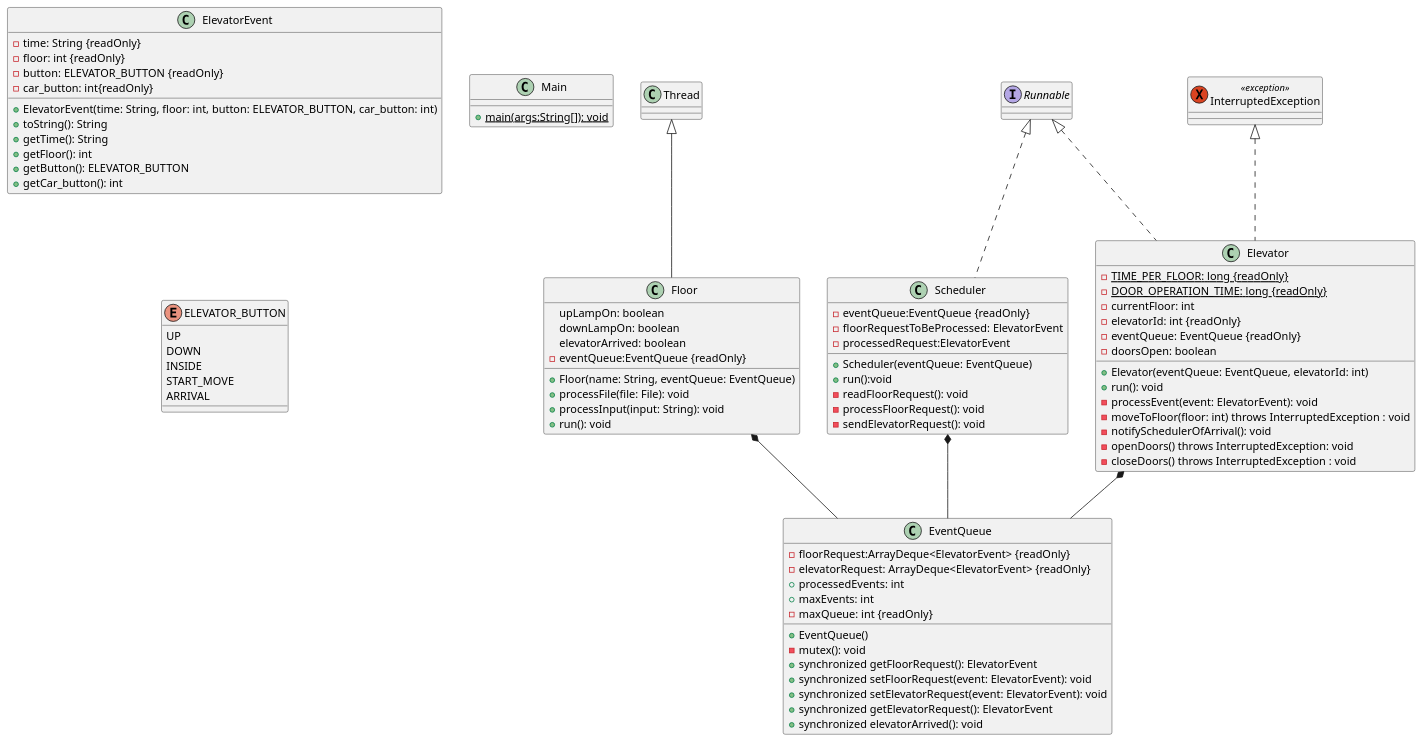
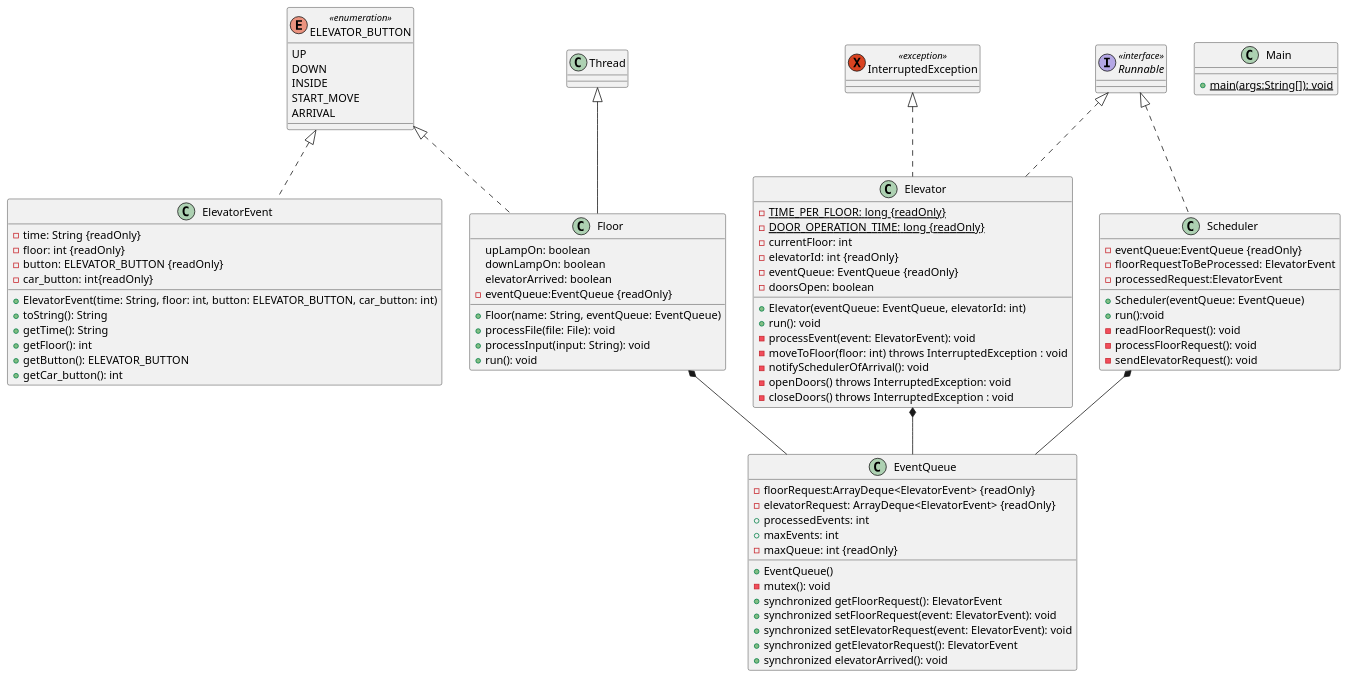
The diagram in ClassDiagram.puml (Sgt-Roukoz/SYSC3303-Project), drawn with PlantUML before and after one commit.

Commit message:
Polished the class diagram

```diff
--- a/ClassDiagram.puml
+++ b/ClassDiagram.puml
@@ -1,103 +1,107 @@
 @startuml
 'https://plantuml.com/class-diagram
 
 class Elevator
 class ElevatorEvent
 class EventQueue
 class Floor
 class Main
 class Scheduler
-enum ELEVATOR_BUTTON
+enum ELEVATOR_BUTTON <<enumeration>>
 exception InterruptedException <<exception>>
+interface Runnable <<interface>>
 
 Scheduler *-- EventQueue
 Elevator *-- EventQueue
 Floor *-- EventQueue
 
 InterruptedException <|.. Elevator
+
+ELEVATOR_BUTTON <|.. ElevatorEvent
+ELEVATOR_BUTTON <|.. Floor
 
 class Elevator implements Runnable {
 -{static} TIME_PER_FLOOR: long {readOnly}
 -{static} DOOR_OPERATION_TIME: long {readOnly}
 -currentFloor: int
 -elevatorId: int {readOnly}
 -eventQueue: EventQueue {readOnly}
 -doorsOpen: boolean
 
 +Elevator(eventQueue: EventQueue, elevatorId: int)
 +run(): void
 -processEvent(event: ElevatorEvent): void
 -moveToFloor(floor: int) throws InterruptedException : void
 -notifySchedulerOfArrival(): void
 -openDoors() throws InterruptedException: void
 -closeDoors() throws InterruptedException : void
 }
 
 enum ELEVATOR_BUTTON {
 UP
 DOWN
 INSIDE
 START_MOVE
 ARRIVAL
 }
 
 class ElevatorEvent{
 -time: String {readOnly}
 -floor: int {readOnly}
 -button: ELEVATOR_BUTTON {readOnly}
 -car_button: int{readOnly}
 
 +ElevatorEvent(time: String, floor: int, button: ELEVATOR_BUTTON, car_button: int)
 +toString(): String
 +getTime(): String
 +getFloor(): int
 +getButton(): ELEVATOR_BUTTON
 +getCar_button(): int
 }
 
 class EventQueue{
 -floorRequest:ArrayDeque<ElevatorEvent> {readOnly}
 -elevatorRequest: ArrayDeque<ElevatorEvent> {readOnly}
 +processedEvents: int
 +maxEvents: int
 -maxQueue: int {readOnly}
 
 +EventQueue()
 -mutex(): void
 +synchronized getFloorRequest(): ElevatorEvent
 +synchronized setFloorRequest(event: ElevatorEvent): void
 +synchronized setElevatorRequest(event: ElevatorEvent): void
 +synchronized getElevatorRequest(): ElevatorEvent
 +synchronized elevatorArrived(): void
 }
 
 class Floor extends Thread{
 upLampOn: boolean
 downLampOn: boolean
 elevatorArrived: boolean
 -eventQueue:EventQueue {readOnly}
 
 +Floor(name: String, eventQueue: EventQueue)
 +processFile(file: File): void
 +processInput(input: String): void
 +run(): void
 }
 
 class Main{
 +{Static} main(args:String[]): void
 }
 
 class Scheduler implements Runnable{
 -eventQueue:EventQueue {readOnly}
 -floorRequestToBeProcessed: ElevatorEvent
 -processedRequest:ElevatorEvent
 
 +Scheduler(eventQueue: EventQueue)
 +run():void
 -readFloorRequest(): void
 -processFloorRequest(): void
 -sendElevatorRequest(): void
 
 }
 
 @enduml
```
